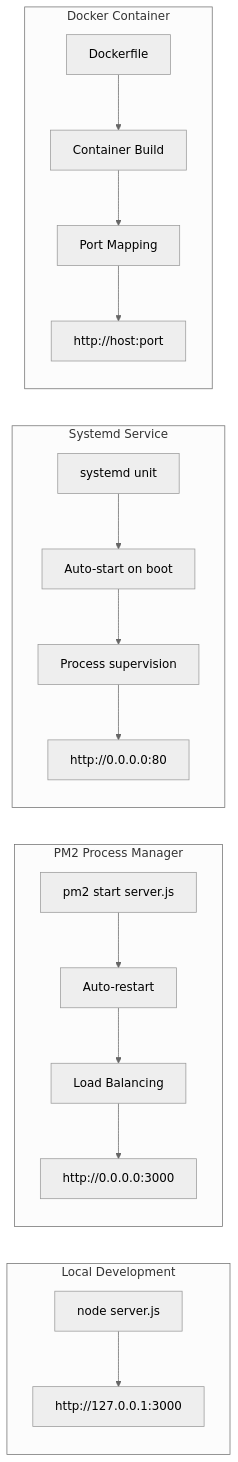
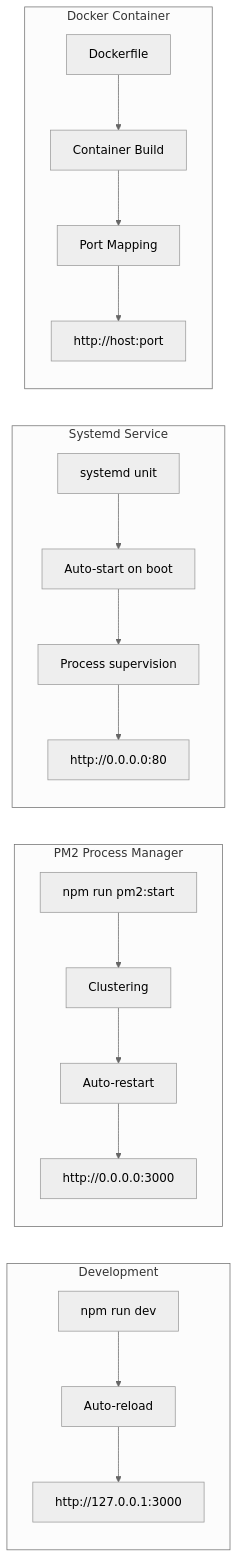
Before and after one commit to Sandeep02Kumar02/existing-projects-qa-test: the fourth of 6 diagrams in existing-projects-qa-test/README.md, drawn with Mermaid (neutral theme). The commit also changed other lines of this file, not shown here.

First line of the commit message:
Update README.md for Express.js architecture migration

````diff
--- a/existing-projects-qa-test/README.md
+++ b/existing-projects-qa-test/README.md
@@ -418,24 +704,25 @@
 ```mermaid
 graph LR
-    subgraph "Local Development"
-        A1[node server.js] --> A2[http://127.0.0.1:3000]
+    subgraph "Development"
+        A1[npm run dev] --> A2[Auto-reload]
+        A2 --> A3[http://127.0.0.1:3000]
     end
     
     subgraph "PM2 Process Manager"
-        B1[pm2 start server.js] --> B2[Auto-restart]
-        B2 --> B3[Load Balancing]
+        B1[npm run pm2:start] --> B2[Clustering]
+        B2 --> B3[Auto-restart]
         B3 --> B4[http://0.0.0.0:3000]
     end
     
     subgraph "Systemd Service"
         C1[systemd unit] --> C2[Auto-start on boot]
         C2 --> C3[Process supervision]
         C3 --> C4[http://0.0.0.0:80]
     end
     
     subgraph "Docker Container"
         D1[Dockerfile] --> D2[Container Build]
         D2 --> D3[Port Mapping]
         D3 --> D4[http://host:port]
     end
 ```
````
